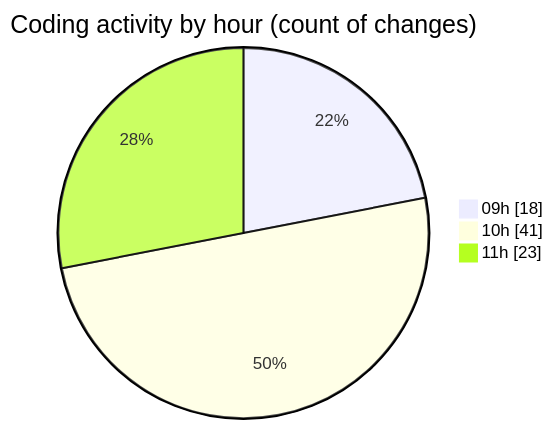
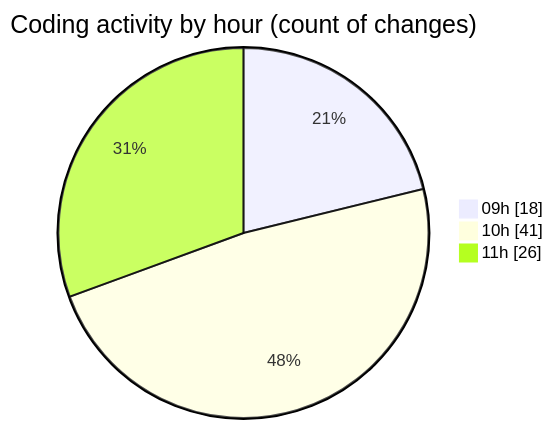
The second of 2 diagrams in 2025-02-11/cda/README.md (momahboobian/code-tracking), drawn with Mermaid before and after one commit. The commit also changed other lines of this file and 1 other file, not shown here.

````diff
--- a/2025-02-11/cda/README.md
+++ b/2025-02-11/cda/README.md
@@ -32,7 +32,7 @@
 ```mermaid
 pie showData
 title Coding activity by hour (count of changes)
 "09h" : 18
 "10h" : 41
-"11h" : 23
+"11h" : 26
 ```
````
